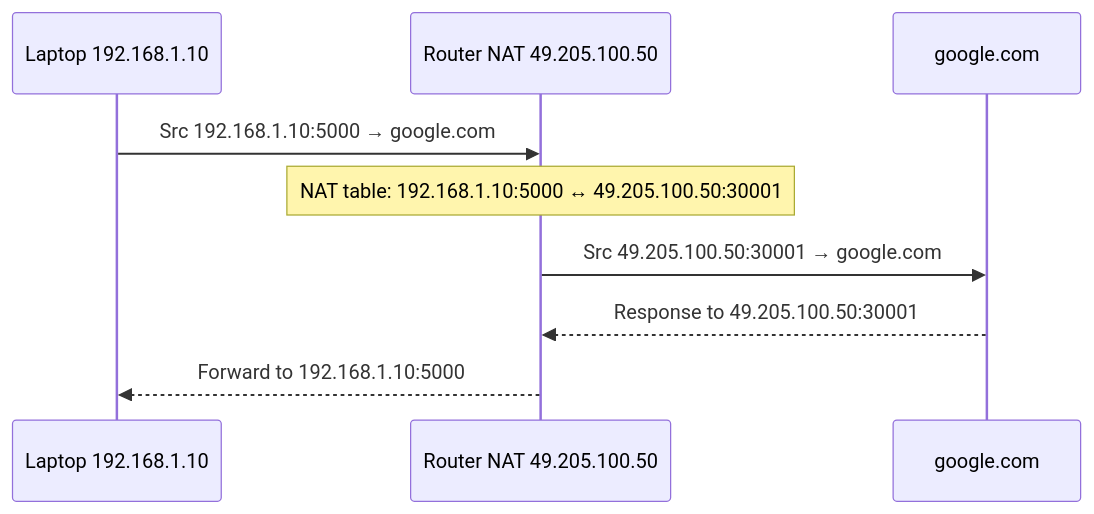
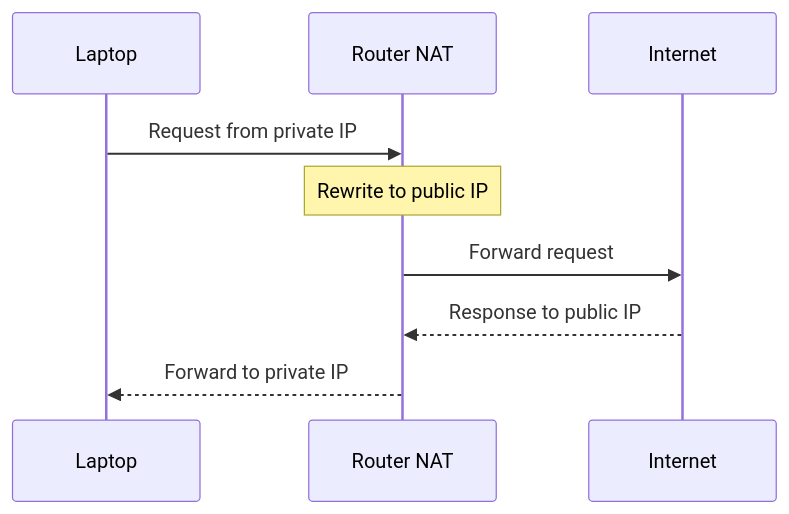
Before and after one commit to hareramcse/SystemDesign: diagram 12 of 17 in 01-networking/README.md, drawn with Mermaid. The commit also changed other lines of this file, not shown here.

````diff
--- a/01-networking/README.md
+++ b/01-networking/README.md
@@ -4319,11 +4208,11 @@
 ```mermaid
 sequenceDiagram
-    participant L as Laptop 192.168.1.10
-    participant R as Router NAT 49.205.100.50
-    participant G as google.com
-    L->>R: Src 192.168.1.10:5000 → google.com
-    Note over R: NAT table: 192.168.1.10:5000 ↔ 49.205.100.50:30001
-    R->>G: Src 49.205.100.50:30001 → google.com
-    G-->>R: Response to 49.205.100.50:30001
-    R-->>L: Forward to 192.168.1.10:5000
+    participant L as Laptop
+    participant R as Router NAT
+    participant G as Internet
+    L->>R: Request from private IP
+    Note over R: Rewrite to public IP
+    R->>G: Forward request
+    G-->>R: Response to public IP
+    R-->>L: Forward to private IP
 ```
````
